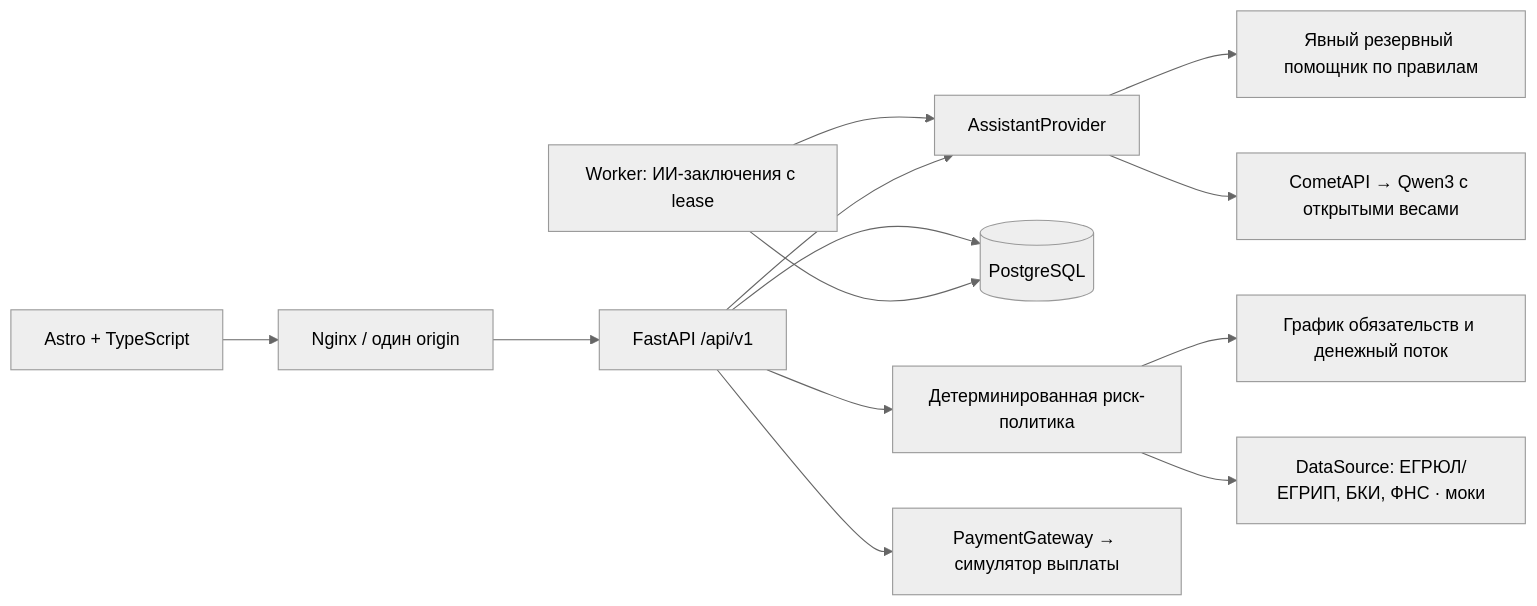
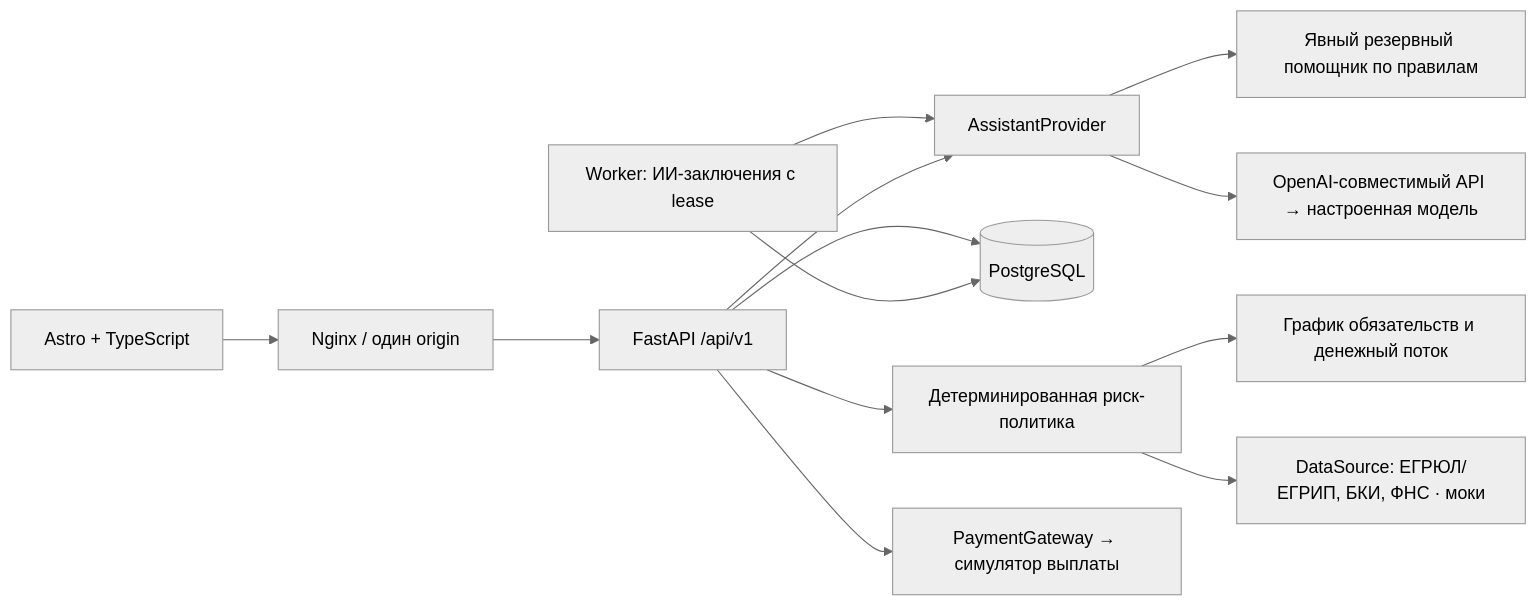
One commit to Michl00/AlfaFuture-CreditAccount changed the first of 3 diagrams in docs/architecture.md. Above: the diagram before and after it, drawn with Mermaid (neutral theme). The commit also changed other lines of this file and 60 other files, not shown here.

````diff
--- a/docs/architecture.md
+++ b/docs/architecture.md
@@ -5,15 +5,15 @@
 ```mermaid
 flowchart LR
     Browser[Astro + TypeScript] --> Proxy[Nginx / один origin]
     Proxy --> API[FastAPI /api/v1]
     API --> Policy[Детерминированная риск-политика]
     Policy --> Sources[DataSource: ЕГРЮЛ/ЕГРИП, БКИ, ФНС · моки]
     Policy --> Cash[График обязательств и денежный поток]
     API --> DB[(PostgreSQL)]
     Worker[Worker: ИИ-заключения с lease] --> DB
     Worker --> Assistant
     API --> Assistant[AssistantProvider]
-    Assistant --> Comet[CometAPI → Qwen3 с открытыми весами]
+    Assistant --> Provider[OpenAI-совместимый API → настроенная модель]
     Assistant --> Rules[Явный резервный помощник по правилам]
     API --> Gateway[PaymentGateway → симулятор выплаты]
 ```
````
